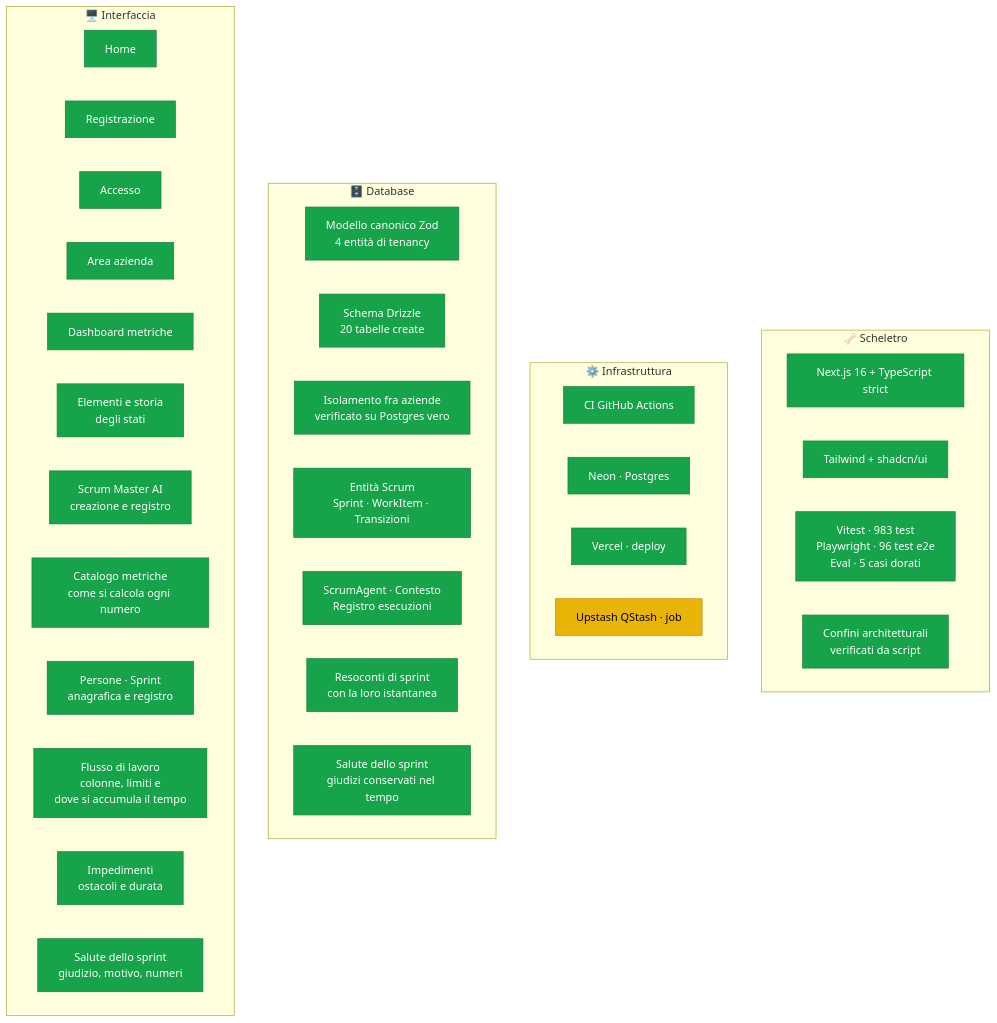
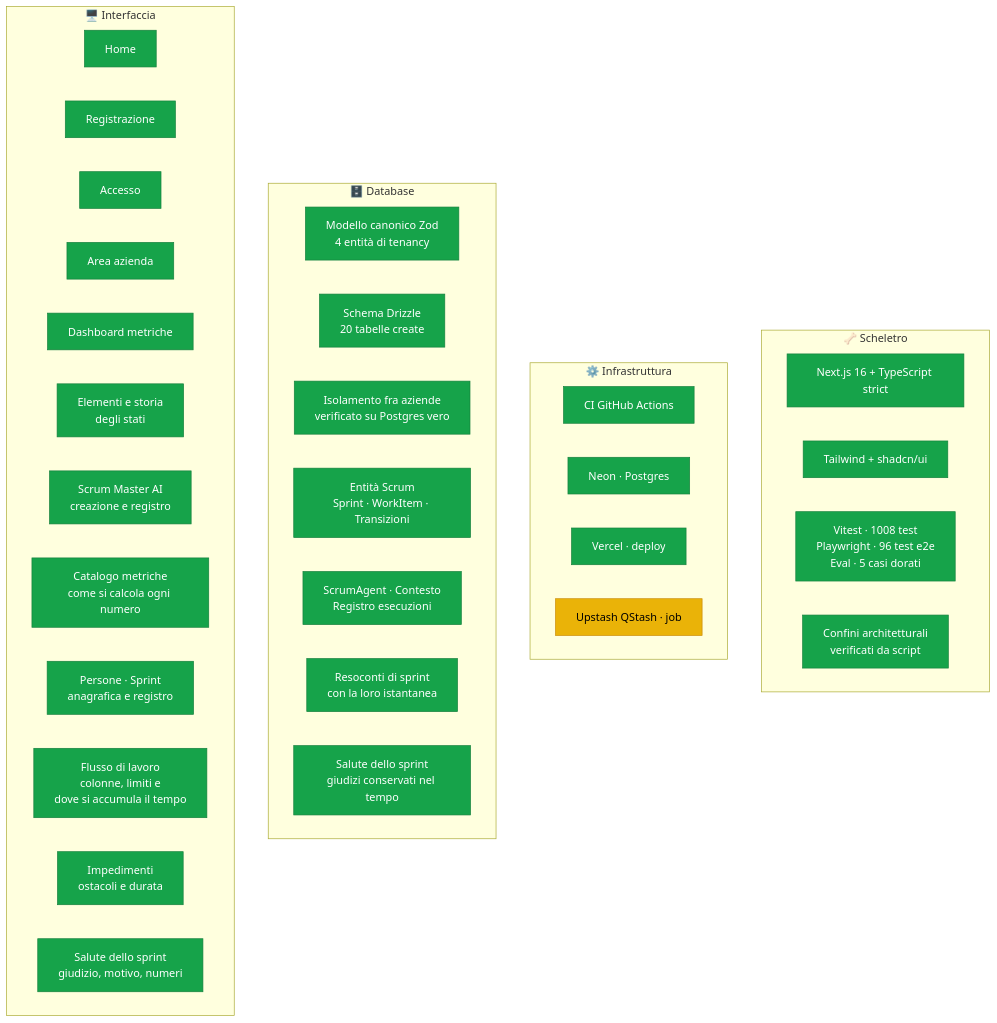
One commit to dibari62/scrum-master-ai changed the first of 3 diagrams in docs/stato-progetto.md. Above: the diagram before and after it, drawn with Mermaid. The commit also changed other lines of this file and 11 other files, not shown here.

````diff
--- a/docs/stato-progetto.md
+++ b/docs/stato-progetto.md
@@ -16,51 +16,51 @@
 ```mermaid
 graph TB
     subgraph SCH["🦴 Scheletro"]
         S1["Next.js 16 + TypeScript strict"]
         S2["Tailwind + shadcn/ui"]
-        S3["Vitest · 983 test<br/>Playwright · 96 test e2e<br/>Eval · 5 casi dorati"]
+        S3["Vitest · 1008 test<br/>Playwright · 96 test e2e<br/>Eval · 5 casi dorati"]
         S4["Confini architetturali<br/>verificati da script"]
     end
 
     subgraph INF["⚙️ Infrastruttura"]
         I1["CI GitHub Actions"]
         I2["Neon · Postgres"]
         I3["Vercel · deploy"]
         I4["Upstash QStash · job"]
     end
 
     subgraph DB["🗄️ Database"]
         D1["Modello canonico Zod<br/>4 entità di tenancy"]
         D2["Schema Drizzle<br/>20 tabelle create"]
         D3["Isolamento fra aziende<br/>verificato su Postgres vero"]
         D4["Entità Scrum<br/>Sprint · WorkItem · Transizioni"]
         D5["ScrumAgent · Contesto<br/>Registro esecuzioni"]
         D6["Resoconti di sprint<br/>con la loro istantanea"]
         D7["Salute dello sprint<br/>giudizi conservati nel tempo"]
     end
 
     subgraph UI["🖥️ Interfaccia"]
         U1["Home"]
         U2["Registrazione"]
         U3["Accesso"]
         U4["Area azienda"]
         U5["Dashboard metriche"]
         U7["Elementi e storia<br/>degli stati"]
         U6["Scrum Master AI<br/>creazione e registro"]
         U8["Catalogo metriche<br/>come si calcola ogni numero"]
         U9["Persone · Sprint<br/>anagrafica e registro"]
         U10["Flusso di lavoro<br/>colonne, limiti e<br/>dove si accumula il tempo"]
         U11["Impedimenti<br/>ostacoli e durata"]
         U12["Salute dello sprint<br/>giudizio, motivo, numeri"]
     end
 
     classDef fatto fill:#16a34a,stroke:#15803d,color:#fff
     classDef corso fill:#eab308,stroke:#ca8a04,color:#000
     classDef todo fill:#e5e7eb,stroke:#9ca3af,color:#6b7280
 
     class S1,S2,S3,S4 fatto
     class I1,I2,I3 fatto
     class I4 corso
     class D1,D2,D3,D4,D5,D6,D7 fatto
     class U1,U2,U3,U4,U5,U6,U7,U8,U9,U10,U11,U12 fatto
 ```
````
